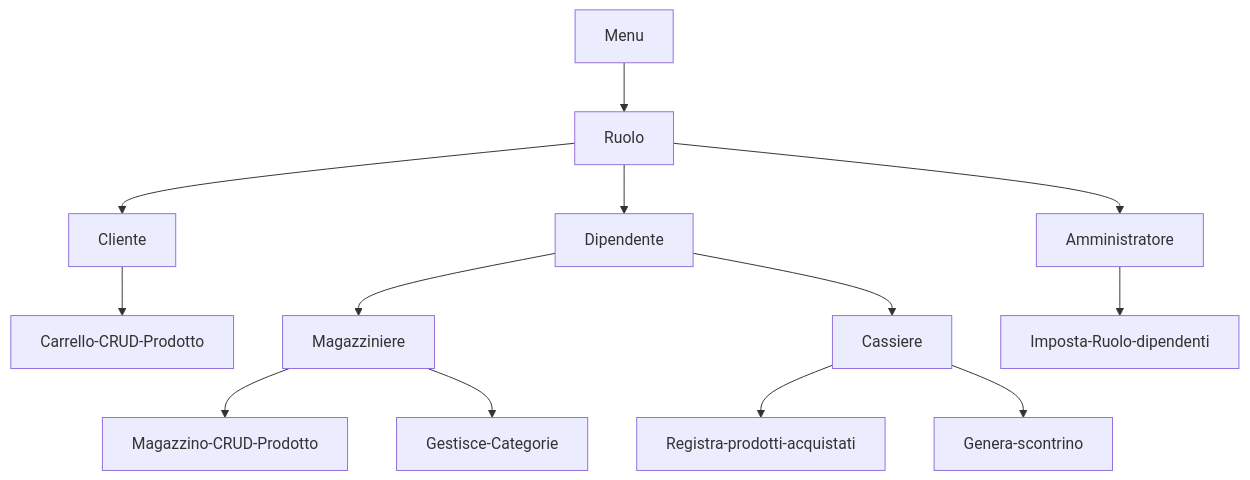
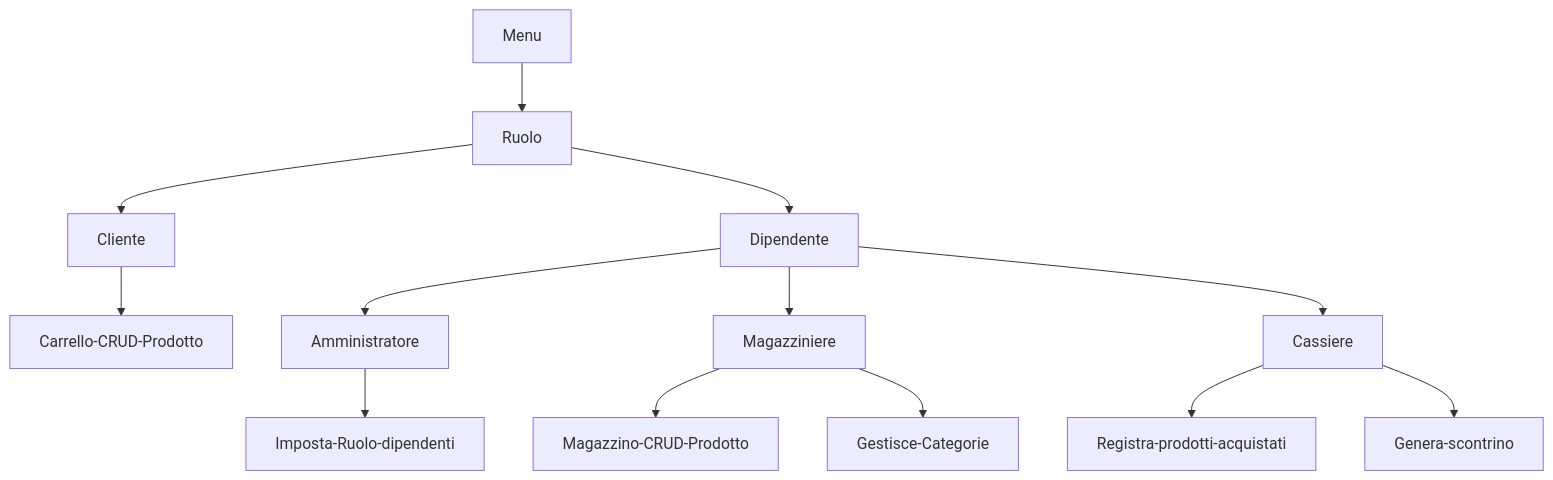
The diagram in dev2_2024/Assignement/19_supermercato-advanced/README.md (Gio-0326/dev2_2024), drawn with Mermaid before and after one commit. The commit also changed other lines of this file and 146 other files, not shown here.

````diff
--- a/dev2_2024/Assignement/19_supermercato-advanced/README.md
+++ b/dev2_2024/Assignement/19_supermercato-advanced/README.md
@@ -71,15 +71,15 @@
 ```mermaid
 flowchart TB
 Menu --> Ruolo
 Ruolo --> Cliente
 Ruolo --> Dipendente
-Ruolo --> Amministratore
+Dipendente --> Amministratore
 Cliente --> Carrello-CRUD-Prodotto
 Dipendente --> Magazziniere
 Dipendente --> Cassiere
 Amministratore --> Imposta-Ruolo-dipendenti
 Magazziniere --> Magazzino-CRUD-Prodotto 
 Magazziniere --> Gestisce-Categorie
 Cassiere --> Registra-prodotti-acquistati
 Cassiere --> Genera-scontrino
 ``` 
````
